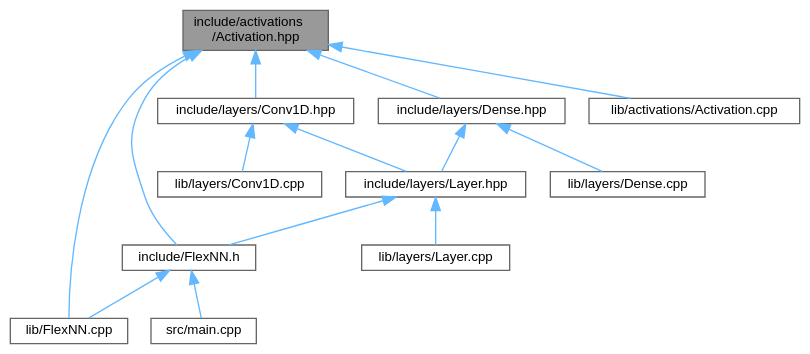
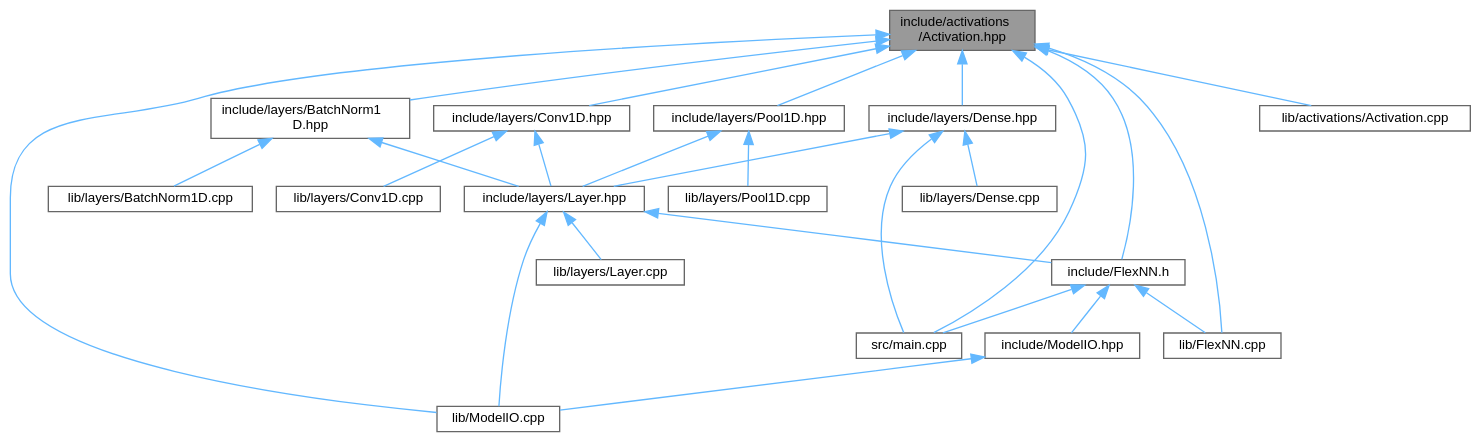
Before and after one commit to Nalin-Angrish/FlexNN: the diagram in Activation_8hpp__dep__incl.dot, drawn with Graphviz. The commit also changed 201 other files, not shown here.

```diff
--- a/Activation_8hpp__dep__incl.dot
+++ b/Activation_8hpp__dep__incl.dot
@@ -1,31 +1,49 @@
 digraph "include/activations/Activation.hpp"
 {
  // LATEX_PDF_SIZE
   bgcolor="transparent";
   edge [fontname=Helvetica,fontsize=10,labelfontname=Helvetica,labelfontsize=10];
   node [fontname=Helvetica,fontsize=10,shape=box,height=0.2,width=0.4];
   Node1 [id="Node000001",label="include/activations\l/Activation.hpp",height=0.2,width=0.4,color="gray40", fillcolor="grey60", style="filled", fontcolor="black",tooltip="Public activation enum and helpers for FlexNN."];
   Node1 -> Node2 [id="edge1_Node000001_Node000002",dir="back",color="steelblue1",style="solid",tooltip=" "];
   Node2 [id="Node000002",label="include/FlexNN.h",height=0.2,width=0.4,color="grey40", fillcolor="white", style="filled",URL="$FlexNN_8h.html",tooltip="Header for FlexNN neural network (heterogeneous stack via Layers::Layer)."];
   Node2 -> Node3 [id="edge2_Node000002_Node000003",dir="back",color="steelblue1",style="solid",tooltip=" "];
-  Node3 [id="Node000003",label="lib/FlexNN.cpp",height=0.2,width=0.4,color="grey40", fillcolor="white", style="filled",URL="$FlexNN_8cpp.html",tooltip="Implements FlexNN::NeuralNetwork with heterogeneous Layers::Layer variant."];
-  Node2 -> Node4 [id="edge3_Node000002_Node000004",dir="back",color="steelblue1",style="solid",tooltip=" "];
-  Node4 [id="Node000004",label="src/main.cpp",height=0.2,width=0.4,color="grey40", fillcolor="white", style="filled",URL="$main_8cpp.html",tooltip="Main file for the MNIST digit recognition example using FlexNN."];
-  Node1 -> Node5 [id="edge4_Node000001_Node000005",dir="back",color="steelblue1",style="solid",tooltip=" "];
-  Node5 [id="Node000005",label="include/layers/Conv1D.hpp",height=0.2,width=0.4,color="grey40", fillcolor="white", style="filled",URL="$Conv1D_8hpp.html",tooltip="1D temporal convolution for FlexNN::Layers."];
-  Node5 -> Node6 [id="edge5_Node000005_Node000006",dir="back",color="steelblue1",style="solid",tooltip=" "];
-  Node6 [id="Node000006",label="include/layers/Layer.hpp",height=0.2,width=0.4,color="grey40", fillcolor="white", style="filled",URL="$Layer_8hpp.html",tooltip="Type-erased wrapper for FlexNN::Layers — heterogeneous stack without inheritance."];
-  Node6 -> Node2 [id="edge6_Node000006_Node000002",dir="back",color="steelblue1",style="solid",tooltip=" "];
-  Node6 -> Node7 [id="edge7_Node000006_Node000007",dir="back",color="steelblue1",style="solid",tooltip=" "];
-  Node7 [id="Node000007",label="lib/layers/Layer.cpp",height=0.2,width=0.4,color="grey40", fillcolor="white", style="filled",URL="$layers_2Layer_8cpp.html",tooltip="Out-of-line helpers for FlexNN::Layers::Layer (currently header-only)."];
-  Node5 -> Node8 [id="edge8_Node000005_Node000008",dir="back",color="steelblue1",style="solid",tooltip=" "];
-  Node8 [id="Node000008",label="lib/layers/Conv1D.cpp",height=0.2,width=0.4,color="grey40", fillcolor="white", style="filled",URL="$Conv1D_8cpp.html",tooltip="Implements FlexNN::Layers::Conv1D forward/backward/propagate."];
-  Node1 -> Node9 [id="edge9_Node000001_Node000009",dir="back",color="steelblue1",style="solid",tooltip=" "];
-  Node9 [id="Node000009",label="include/layers/Dense.hpp",height=0.2,width=0.4,color="grey40", fillcolor="white", style="filled",URL="$Dense_8hpp.html",tooltip="Dense (fully-connected) layer for FlexNN::Layers."];
-  Node9 -> Node6 [id="edge10_Node000009_Node000006",dir="back",color="steelblue1",style="solid",tooltip=" "];
-  Node9 -> Node10 [id="edge11_Node000009_Node000010",dir="back",color="steelblue1",style="solid",tooltip=" "];
-  Node10 [id="Node000010",label="lib/layers/Dense.cpp",height=0.2,width=0.4,color="grey40", fillcolor="white", style="filled",URL="$Dense_8cpp.html",tooltip="Implements FlexNN::Layers::Dense forward/backward/update."];
-  Node1 -> Node3 [id="edge12_Node000001_Node000003",dir="back",color="steelblue1",style="solid",tooltip=" "];
-  Node1 -> Node11 [id="edge13_Node000001_Node000011",dir="back",color="steelblue1",style="solid",tooltip=" "];
-  Node11 [id="Node000011",label="lib/activations/Activation.cpp",height=0.2,width=0.4,color="grey40", fillcolor="white", style="filled",URL="$Activation_8cpp.html",tooltip="Implements FlexNN::Activations helpers (to_string, try_parse, dispatch)."];
+  Node3 [id="Node000003",label="include/ModelIO.hpp",height=0.2,width=0.4,color="grey40", fillcolor="white", style="filled",URL="$ModelIO_8hpp.html",tooltip="Flat binary ModelIO for FlexNN — exportModel / importModel."];
+  Node3 -> Node4 [id="edge3_Node000003_Node000004",dir="back",color="steelblue1",style="solid",tooltip=" "];
+  Node4 [id="Node000004",label="lib/ModelIO.cpp",height=0.2,width=0.4,color="grey40", fillcolor="white", style="filled",URL="$ModelIO_8cpp.html",tooltip="Implements FlexNN flat binary export/import per LLD_FLEXNN §7."];
+  Node2 -> Node5 [id="edge4_Node000002_Node000005",dir="back",color="steelblue1",style="solid",tooltip=" "];
+  Node5 [id="Node000005",label="lib/FlexNN.cpp",height=0.2,width=0.4,color="grey40", fillcolor="white", style="filled",URL="$FlexNN_8cpp.html",tooltip="Implements FlexNN::NeuralNetwork with heterogeneous Layers::Layer variant."];
+  Node2 -> Node6 [id="edge5_Node000002_Node000006",dir="back",color="steelblue1",style="solid",tooltip=" "];
+  Node6 [id="Node000006",label="src/main.cpp",height=0.2,width=0.4,color="grey40", fillcolor="white", style="filled",URL="$main_8cpp.html",tooltip="MNIST example — now uses FlexNN::Layers::Dense + Activations + deterministic seed."];
+  Node1 -> Node7 [id="edge6_Node000001_Node000007",dir="back",color="steelblue1",style="solid",tooltip=" "];
+  Node7 [id="Node000007",label="include/layers/BatchNorm1\lD.hpp",height=0.2,width=0.4,color="grey40", fillcolor="white", style="filled",URL="$BatchNorm1D_8hpp.html",tooltip="BatchNorm1D layer for FlexNN::Layers (training stats, aux export)."];
+  Node7 -> Node8 [id="edge7_Node000007_Node000008",dir="back",color="steelblue1",style="solid",tooltip=" "];
+  Node8 [id="Node000008",label="include/layers/Layer.hpp",height=0.2,width=0.4,color="grey40", fillcolor="white", style="filled",URL="$Layer_8hpp.html",tooltip="Type-erased wrapper for FlexNN::Layers — heterogeneous stack without inheritance."];
+  Node8 -> Node2 [id="edge8_Node000008_Node000002",dir="back",color="steelblue1",style="solid",tooltip=" "];
+  Node8 -> Node4 [id="edge9_Node000008_Node000004",dir="back",color="steelblue1",style="solid",tooltip=" "];
+  Node8 -> Node9 [id="edge10_Node000008_Node000009",dir="back",color="steelblue1",style="solid",tooltip=" "];
+  Node9 [id="Node000009",label="lib/layers/Layer.cpp",height=0.2,width=0.4,color="grey40", fillcolor="white", style="filled",URL="$layers_2Layer_8cpp.html",tooltip="Out-of-line helpers for FlexNN::Layers::Layer (currently header-only)."];
+  Node7 -> Node10 [id="edge11_Node000007_Node000010",dir="back",color="steelblue1",style="solid",tooltip=" "];
+  Node10 [id="Node000010",label="lib/layers/BatchNorm1D.cpp",height=0.2,width=0.4,color="grey40", fillcolor="white", style="filled",URL="$BatchNorm1D_8cpp.html",tooltip="Implements FlexNN::Layers::BatchNorm1D forward/backward."];
+  Node1 -> Node11 [id="edge12_Node000001_Node000011",dir="back",color="steelblue1",style="solid",tooltip=" "];
+  Node11 [id="Node000011",label="include/layers/Conv1D.hpp",height=0.2,width=0.4,color="grey40", fillcolor="white", style="filled",URL="$Conv1D_8hpp.html",tooltip="1D temporal convolution for FlexNN::Layers."];
+  Node11 -> Node8 [id="edge13_Node000011_Node000008",dir="back",color="steelblue1",style="solid",tooltip=" "];
+  Node11 -> Node12 [id="edge14_Node000011_Node000012",dir="back",color="steelblue1",style="solid",tooltip=" "];
+  Node12 [id="Node000012",label="lib/layers/Conv1D.cpp",height=0.2,width=0.4,color="grey40", fillcolor="white", style="filled",URL="$Conv1D_8cpp.html",tooltip="Implements FlexNN::Layers::Conv1D forward/backward/propagate."];
+  Node1 -> Node13 [id="edge15_Node000001_Node000013",dir="back",color="steelblue1",style="solid",tooltip=" "];
+  Node13 [id="Node000013",label="include/layers/Dense.hpp",height=0.2,width=0.4,color="grey40", fillcolor="white", style="filled",URL="$Dense_8hpp.html",tooltip="Dense (fully-connected) layer for FlexNN::Layers."];
+  Node13 -> Node8 [id="edge16_Node000013_Node000008",dir="back",color="steelblue1",style="solid",tooltip=" "];
+  Node13 -> Node14 [id="edge17_Node000013_Node000014",dir="back",color="steelblue1",style="solid",tooltip=" "];
+  Node14 [id="Node000014",label="lib/layers/Dense.cpp",height=0.2,width=0.4,color="grey40", fillcolor="white", style="filled",URL="$Dense_8cpp.html",tooltip="Implements FlexNN::Layers::Dense forward/backward/update."];
+  Node13 -> Node6 [id="edge18_Node000013_Node000006",dir="back",color="steelblue1",style="solid",tooltip=" "];
+  Node1 -> Node15 [id="edge19_Node000001_Node000015",dir="back",color="steelblue1",style="solid",tooltip=" "];
+  Node15 [id="Node000015",label="include/layers/Pool1D.hpp",height=0.2,width=0.4,color="grey40", fillcolor="white", style="filled",URL="$Pool1D_8hpp.html",tooltip="Pool1D layers — MaxPool1D and AvgPool1D (weightless)."];
+  Node15 -> Node8 [id="edge20_Node000015_Node000008",dir="back",color="steelblue1",style="solid",tooltip=" "];
+  Node15 -> Node16 [id="edge21_Node000015_Node000016",dir="back",color="steelblue1",style="solid",tooltip=" "];
+  Node16 [id="Node000016",label="lib/layers/Pool1D.cpp",height=0.2,width=0.4,color="grey40", fillcolor="white", style="filled",URL="$Pool1D_8cpp.html",tooltip="Implements MaxPool1D and AvgPool1D forward/backward."];
+  Node1 -> Node5 [id="edge22_Node000001_Node000005",dir="back",color="steelblue1",style="solid",tooltip=" "];
+  Node1 -> Node4 [id="edge23_Node000001_Node000004",dir="back",color="steelblue1",style="solid",tooltip=" "];
+  Node1 -> Node17 [id="edge24_Node000001_Node000017",dir="back",color="steelblue1",style="solid",tooltip=" "];
+  Node17 [id="Node000017",label="lib/activations/Activation.cpp",height=0.2,width=0.4,color="grey40", fillcolor="white", style="filled",URL="$Activation_8cpp.html",tooltip="Implements FlexNN::Activations helpers (to_string, try_parse, dispatch)."];
+  Node1 -> Node6 [id="edge25_Node000001_Node000006",dir="back",color="steelblue1",style="solid",tooltip=" "];
 }
```
